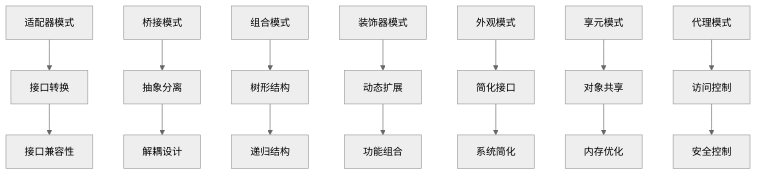
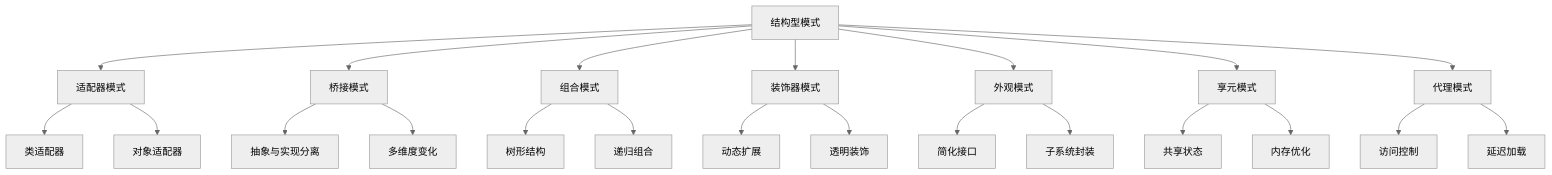
The diagram in docs/refactor/03-Design-Patterns/02-Structural-Patterns/README.md (AdaMartin18010/common), drawn with Mermaid (neutral theme) before and after one commit. The commit also changed other lines of this file and 22 other files, not shown here.

````diff
--- a/docs/refactor/03-Design-Patterns/02-Structural-Patterns/README.md
+++ b/docs/refactor/03-Design-Patterns/02-Structural-Patterns/README.md
@@ -153,18 +29,31 @@
 ```mermaid
 graph TD
-    A[适配器模式] --> B[接口转换]
-    C[桥接模式] --> D[抽象分离]
-    E[组合模式] --> F[树形结构]
-    G[装饰器模式] --> H[动态扩展]
-    I[外观模式] --> J[简化接口]
-    K[享元模式] --> L[对象共享]
-    M[代理模式] --> N[访问控制]
+    A[结构型模式] --> B[适配器模式]
+    A --> C[桥接模式]
+    A --> D[组合模式]
+    A --> E[装饰器模式]
+    A --> F[外观模式]
+    A --> G[享元模式]
+    A --> H[代理模式]
     
-    B --> O[接口兼容性]
-    D --> P[解耦设计]
-    F --> Q[递归结构]
-    H --> R[功能组合]
-    J --> S[系统简化]
-    L --> T[内存优化]
-    N --> U[安全控制]
+    B --> B1[类适配器]
+    B --> B2[对象适配器]
+    
+    C --> C1[抽象与实现分离]
+    C --> C2[多维度变化]
+    
+    D --> D1[树形结构]
+    D --> D2[递归组合]
+    
+    E --> E1[动态扩展]
+    E --> E2[透明装饰]
+    
+    F --> F1[简化接口]
+    F --> F2[子系统封装]
+    
+    G --> G1[共享状态]
+    G --> G2[内存优化]
+    
+    H --> H1[访问控制]
+    H --> H2[延迟加载]
 ```
````
